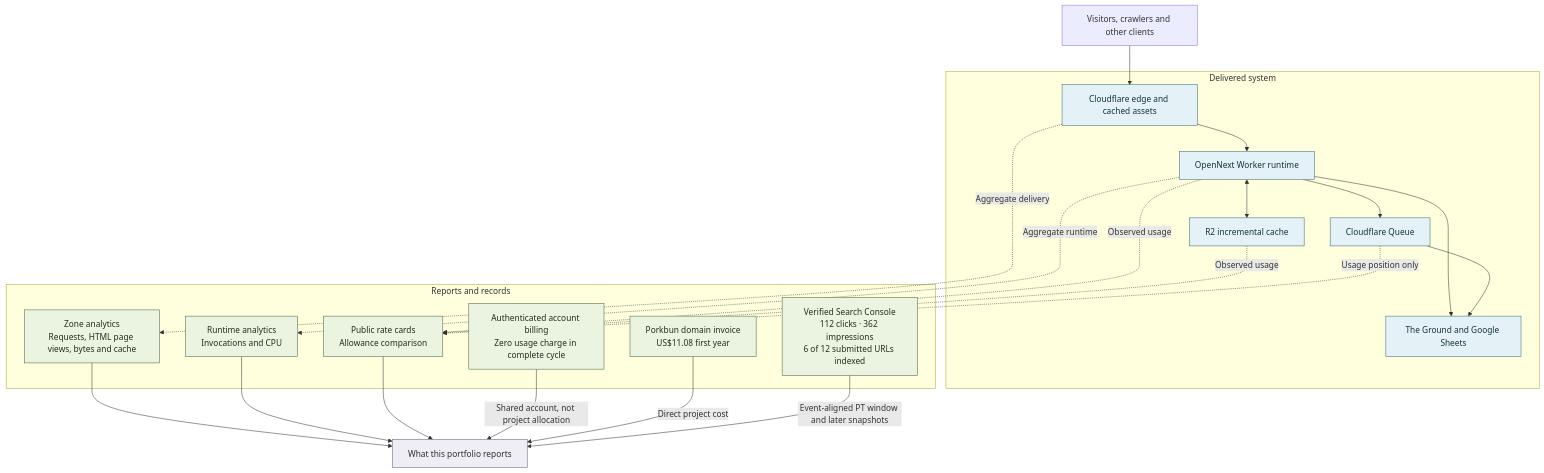
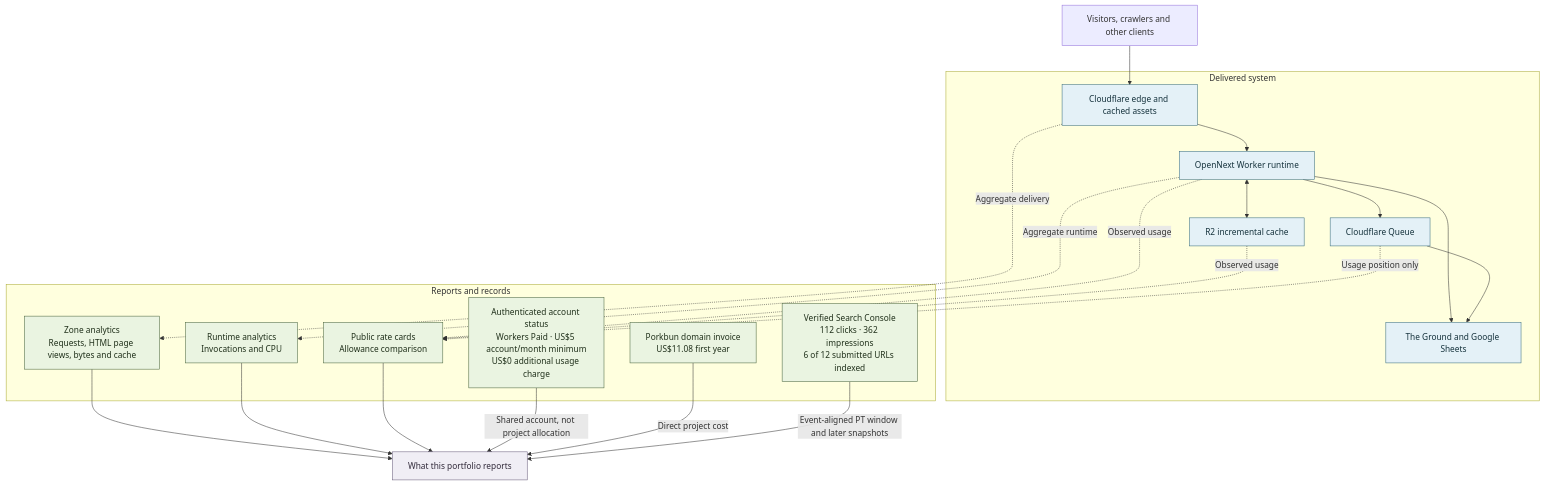
Before and after one commit to jackyngtf/wellness-village-event-platform: the diagram in docs/diagrams/production-measurement-boundaries.mmd, drawn with Mermaid. The commit also changed 147 other files, not shown here.

```diff
--- a/docs/diagrams/production-measurement-boundaries.mmd
+++ b/docs/diagrams/production-measurement-boundaries.mmd
@@ -1,48 +1,48 @@
 flowchart TB
     VISITOR[Visitors, crawlers and other clients]
 
     subgraph DELIVERY[Delivered system]
         EDGE[Cloudflare edge and cached assets]
         WORKER[OpenNext Worker runtime]
         R2[R2 incremental cache]
         QUEUE[Cloudflare Queue]
         EXTERNAL[The Ground and Google Sheets]
     end
 
     subgraph EVIDENCE[Reports and records]
         ZONE_ANALYTICS[Zone analytics<br/>Requests, HTML page views, bytes and cache]
         WORKER_ANALYTICS[Runtime analytics<br/>Invocations and CPU]
         RATE_CARD[Public rate cards<br/>Allowance comparison]
-        ACCOUNT_BILLING[Authenticated account billing<br/>Zero usage charge in complete cycle]
+        ACCOUNT_BILLING[Authenticated account status<br/>Workers Paid · US$5 account/month minimum<br/>US$0 additional usage charge]
         DOMAIN_INVOICE[Porkbun domain invoice<br/>US$11.08 first year]
         SEARCH_CONSOLE[Verified Search Console<br/>112 clicks · 362 impressions<br/>6 of 12 submitted URLs indexed]
     end
 
     PORTFOLIO[What this portfolio reports]
 
     VISITOR --> EDGE
     EDGE --> WORKER
     WORKER <--> R2
     WORKER --> QUEUE
     WORKER --> EXTERNAL
     QUEUE --> EXTERNAL
 
     EDGE -.->|Aggregate delivery| ZONE_ANALYTICS
     WORKER -.->|Aggregate runtime| WORKER_ANALYTICS
     WORKER -.->|Observed usage| RATE_CARD
     R2 -.->|Observed usage| RATE_CARD
     QUEUE -.->|Usage position only| RATE_CARD
 
     ZONE_ANALYTICS --> PORTFOLIO
     WORKER_ANALYTICS --> PORTFOLIO
     RATE_CARD --> PORTFOLIO
     ACCOUNT_BILLING -->|Shared account, not project allocation| PORTFOLIO
     DOMAIN_INVOICE -->|Direct project cost| PORTFOLIO
     SEARCH_CONSOLE -->|Event-aligned PT window and later snapshots| PORTFOLIO
 
     classDef observed fill:#eaf4e1,stroke:#48633c,color:#20301b
     classDef system fill:#e4f1f7,stroke:#356a7d,color:#16333d
     classDef conclusion fill:#f0eef5,stroke:#675b79,color:#312a3a
     class EDGE,WORKER,R2,QUEUE,EXTERNAL system
     class ZONE_ANALYTICS,WORKER_ANALYTICS,RATE_CARD,ACCOUNT_BILLING,DOMAIN_INVOICE,SEARCH_CONSOLE observed
     class PORTFOLIO conclusion
```
